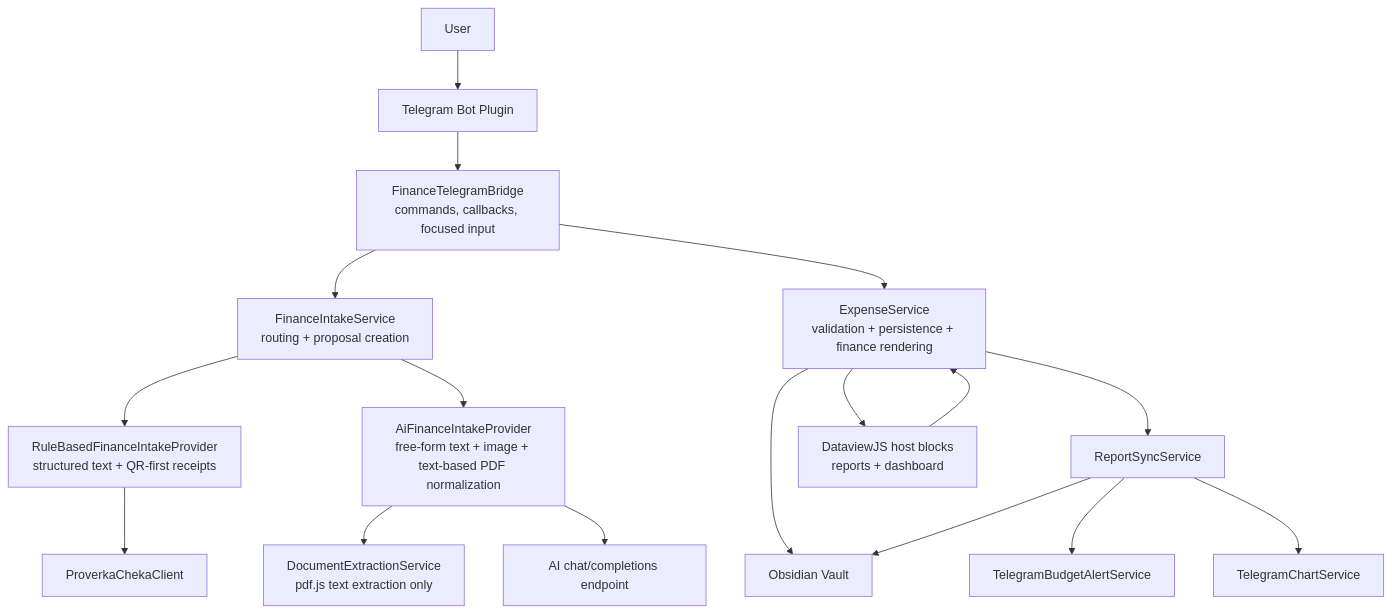
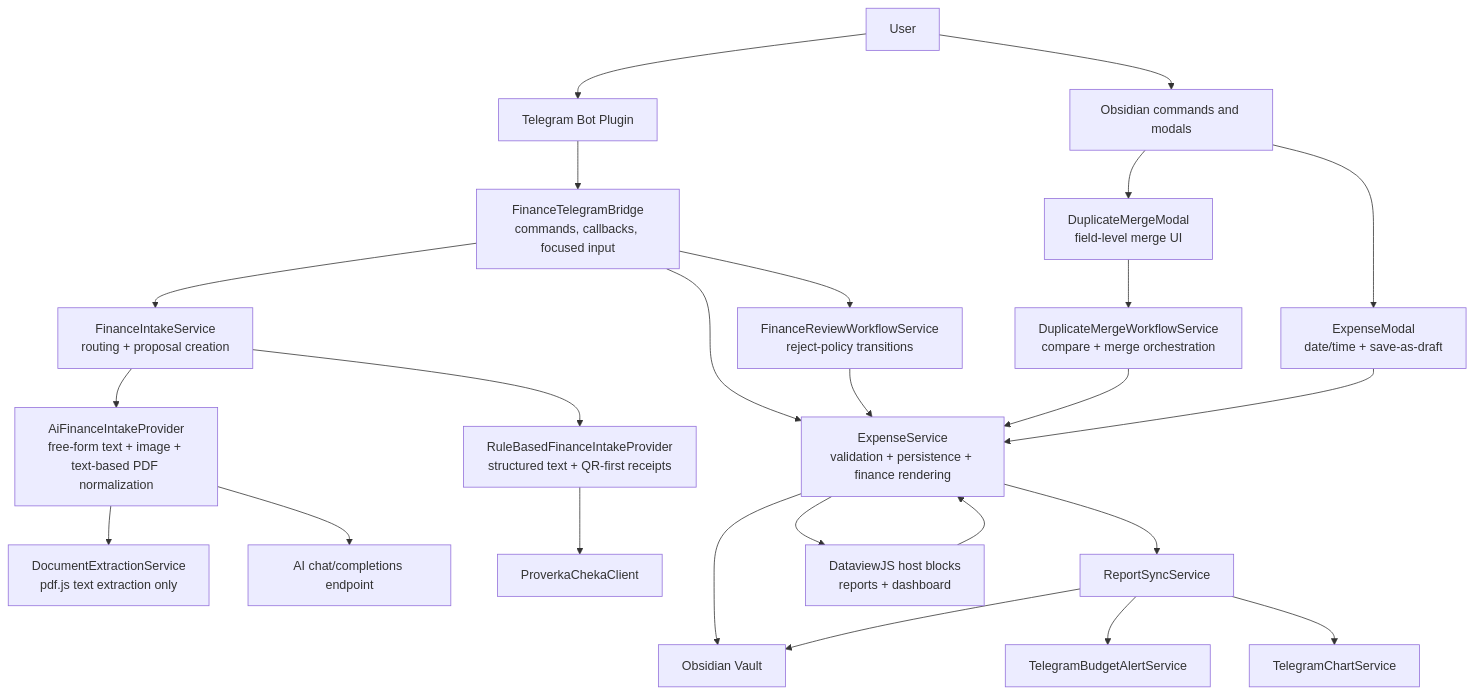
One commit to Xoanis/obsidian-expense-manager changed the first of 6 diagrams in docs/service-architecture.md. Above: the diagram before and after it, drawn with Mermaid. The commit also changed other lines of this file and 11 other files, not shown here.

````diff
--- a/docs/service-architecture.md
+++ b/docs/service-architecture.md
@@ -11,19 +11,27 @@
 ```mermaid
 flowchart TD
     U["User"] --> TG["Telegram Bot Plugin"]
 TG --> BR["FinanceTelegramBridge<br/>commands, callbacks, focused input"]
+    U --> OB["Obsidian commands and modals"]
     BR --> FI["FinanceIntakeService<br/>routing + proposal creation"]
     FI --> RP["RuleBasedFinanceIntakeProvider<br/>structured text + QR-first receipts"]
     FI --> AP["AiFinanceIntakeProvider<br/>free-form text + image + text-based PDF normalization"]
     AP --> DX["DocumentExtractionService<br/>pdf.js text extraction only"]
     AP --> AI["AI chat/completions endpoint"]
     RP --> QR["ProverkaChekaClient"]
+    BR --> RW["FinanceReviewWorkflowService<br/>reject-policy transitions"]
+    OB --> DM["DuplicateMergeModal<br/>field-level merge UI"]
+    DM --> DW["DuplicateMergeWorkflowService<br/>compare + merge orchestration"]
+    OB --> EM["ExpenseModal<br/>date/time + save-as-draft"]
     BR --> ES["ExpenseService<br/>validation + persistence + finance rendering"]
+    RW --> ES
+    DW --> ES
+    EM --> ES
     ES --> VA["Obsidian Vault"]
     ES --> RS["ReportSyncService"]
     ES --> DV["DataviewJS host blocks<br/>reports + dashboard"]
     RS --> VA
     RS --> TB["TelegramBudgetAlertService"]
     RS --> TC["TelegramChartService"]
     DV --> ES
 ```
````
